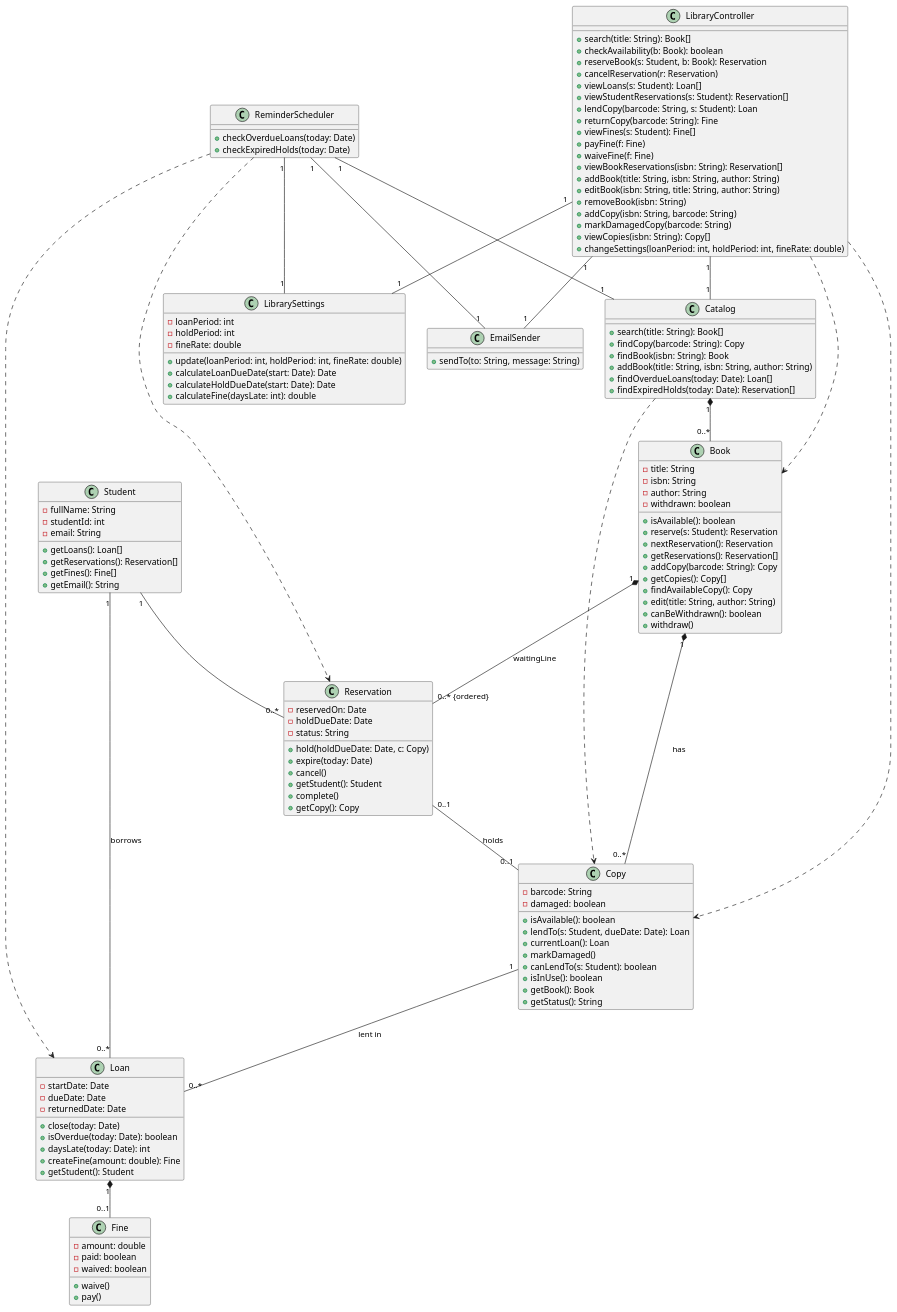
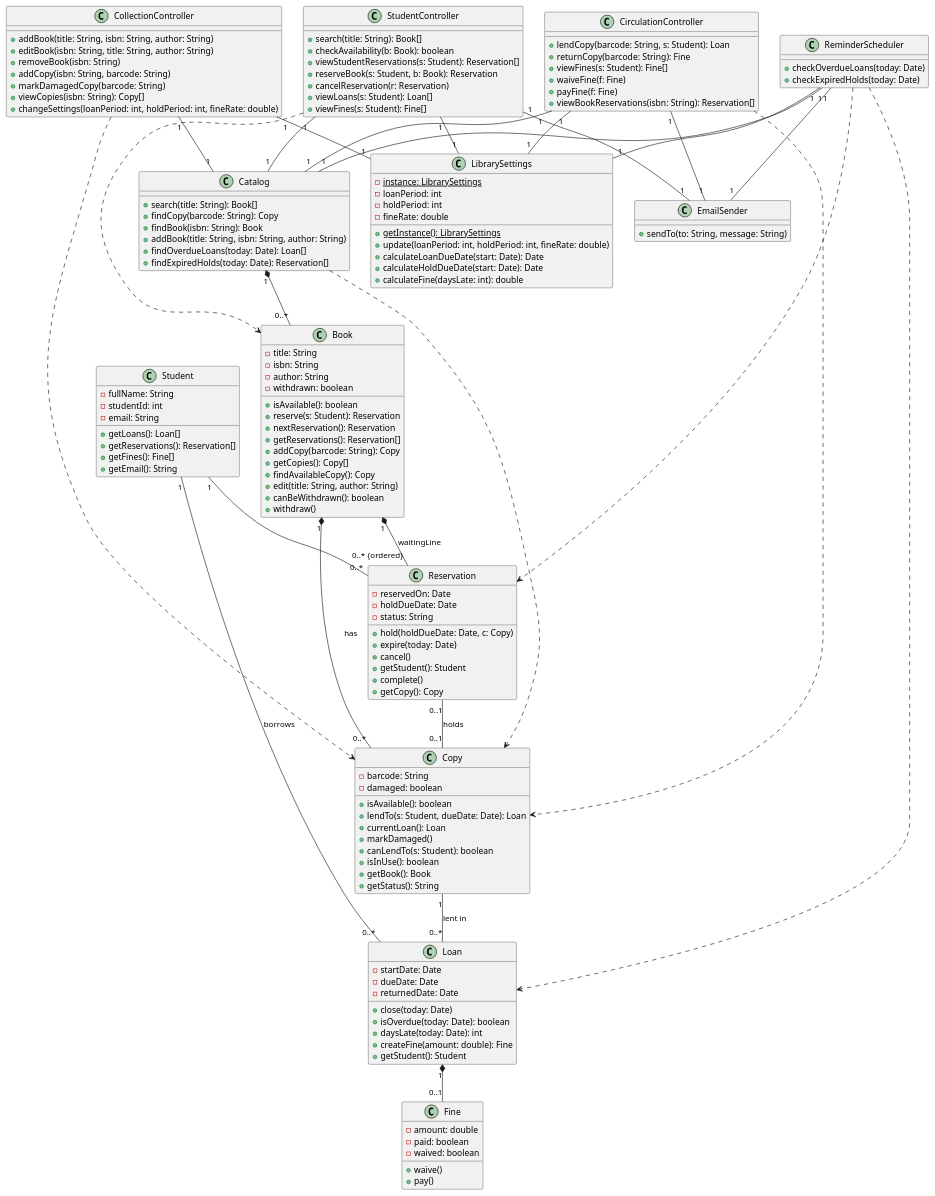
Before and after one commit to erionelezaj/LibrarySystem-SW-Design-Principles: the diagram in docs/uml/class-diagram.puml, drawn with PlantUML. The commit also changed 2 other files, not shown here.

Commit message:
LibrarySettings as Singleton. Separated One Controller into three for each screen:Circulation (Desk), Student, and Collection. Renamed the controller in the Seq-handing-out-copy to the correct one: CirculationController

```diff
--- a/docs/uml/class-diagram.puml
+++ b/docs/uml/class-diagram.puml
@@ -1,150 +1,172 @@
 @startuml LibrarySystem
 
-class LibraryController {
-    + search(title: String): Book[]
-    + checkAvailability(b: Book): boolean
-    + reserveBook(s: Student, b: Book): Reservation
-    + cancelReservation(r: Reservation)
-    + viewLoans(s: Student): Loan[]
-    + viewStudentReservations(s: Student): Reservation[]
-    + lendCopy(barcode: String, s: Student): Loan
-    + returnCopy(barcode: String): Fine
-    + viewFines(s: Student): Fine[]
-    + payFine(f: Fine)
-    + waiveFine(f: Fine)
-    + viewBookReservations(isbn: String): Reservation[]
+class CollectionController {
     + addBook(title: String, isbn: String, author: String)
     + editBook(isbn: String, title: String, author: String)
     + removeBook(isbn: String)
     + addCopy(isbn: String, barcode: String)
     + markDamagedCopy(barcode: String)
     + viewCopies(isbn: String): Copy[]
     + changeSettings(loanPeriod: int, holdPeriod: int, fineRate: double)
+}
+
+class StudentController {
+    + search(title: String): Book[]
+    + checkAvailability(b: Book): boolean
+    + viewStudentReservations(s: Student): Reservation[]
+    + reserveBook(s: Student, b: Book): Reservation
+    + cancelReservation(r: Reservation)
+    + viewLoans(s: Student): Loan[]
+    + viewFines(s: Student): Fine[]
+
+}
+
+class CirculationController {
+    + lendCopy(barcode: String, s: Student): Loan
+    + returnCopy(barcode: String): Fine
+    + viewFines(s: Student): Fine[]
+    + waiveFine(f: Fine)
+    + payFine(f: Fine)
+    + viewBookReservations(isbn: String): Reservation[]
 }
 
 class ReminderScheduler {
     + checkOverdueLoans(today: Date)
     + checkExpiredHolds(today: Date)
 }
 
 class EmailSender {
     + sendTo(to: String, message: String)
 }
 
 class Catalog {
     + search(title: String): Book[]
     + findCopy(barcode: String): Copy
     + findBook(isbn: String): Book
     + addBook(title: String, isbn: String, author: String)
     + findOverdueLoans(today: Date): Loan[]
     + findExpiredHolds(today: Date): Reservation[]
 }
 
 class LibrarySettings {
+    - {static}instance: LibrarySettings
     - loanPeriod: int
     - holdPeriod: int
     - fineRate: double
+    + {static} getInstance(): LibrarySettings
     + update(loanPeriod: int, holdPeriod: int, fineRate: double)
     + calculateLoanDueDate(start: Date): Date
     + calculateHoldDueDate(start: Date): Date
     + calculateFine(daysLate: int): double
 }
 
 class Book {
     - title: String
     - isbn: String
     - author: String
     - withdrawn: boolean
     + isAvailable(): boolean
     + reserve(s: Student): Reservation
     + nextReservation(): Reservation
     + getReservations(): Reservation[]
     + addCopy(barcode: String): Copy
     + getCopies(): Copy[]
     + findAvailableCopy(): Copy
     + edit(title: String, author: String)
     + canBeWithdrawn(): boolean
     + withdraw()
 }
 
 class Student {
     - fullName: String
     - studentId: int
     - email: String
     + getLoans(): Loan[]
     + getReservations(): Reservation[]
     + getFines(): Fine[]
     + getEmail(): String
 }
 
 class Reservation {
     - reservedOn: Date
     - holdDueDate: Date
     - status: String
     + hold(holdDueDate: Date, c: Copy)
     + expire(today: Date)
     + cancel()
     + getStudent(): Student
-    + complete() 
-    + getCopy(): Copy   
+    + complete()
+    + getCopy(): Copy
 }
 
 class Copy {
     - barcode: String
     - damaged: boolean
     + isAvailable(): boolean
     + lendTo(s: Student, dueDate: Date): Loan
     + currentLoan(): Loan
     + markDamaged()
     + canLendTo(s: Student): boolean
     + isInUse(): boolean
     + getBook(): Book
     + getStatus(): String
 }
 
 class Loan {
     - startDate: Date
     - dueDate: Date
     - returnedDate: Date
     + close(today: Date)
     + isOverdue(today: Date): boolean
     + daysLate(today: Date): int
     + createFine(amount: double): Fine
     + getStudent(): Student
 }
 
 class Fine {
     - amount: double
     - paid: boolean
     - waived: boolean
     + waive()
     + pay()
 }
 
 
-LibraryController "1" -- "1" EmailSender
-LibraryController "1" -- "1" Catalog
-LibraryController "1" -- "1" LibrarySettings
-LibraryController ..> Book
-LibraryController ..> Copy
+StudentController "1" -- "1" EmailSender
+CirculationController "1" -- "1" EmailSender
+
+StudentController "1" -- "1" Catalog
+CirculationController "1" -- "1" Catalog
+CollectionController "1" -- "1" Catalog
+
+StudentController "1" -- "1" LibrarySettings
+CirculationController "1" -- "1" LibrarySettings
+CollectionController "1" -- "1" LibrarySettings
+
+
+StudentController ..> Book
+
+
+CollectionController ..> Copy
+CirculationController ..> Copy
 
 ReminderScheduler "1" -- "1" EmailSender
 ReminderScheduler "1" -- "1" Catalog
 ReminderScheduler "1" -- "1" LibrarySettings
 ReminderScheduler ..> Loan
 ReminderScheduler ..> Reservation
 
 Catalog "1" *-- "0..*" Book
 Catalog ..> Copy
 
 Book "1" *-- "0..* {ordered}" Reservation : waitingLine
 Book "1" *-- "0..*" Copy : has
 Reservation "0..1" -- "0..1" Copy : holds
 
 Student "1" -- "0..*" Reservation
 Student "1" -- "0..*" Loan : borrows
 
 Copy "1" -- "0..*" Loan : lent in
 Loan "1" *-- "0..1" Fine
 
 @enduml
```
